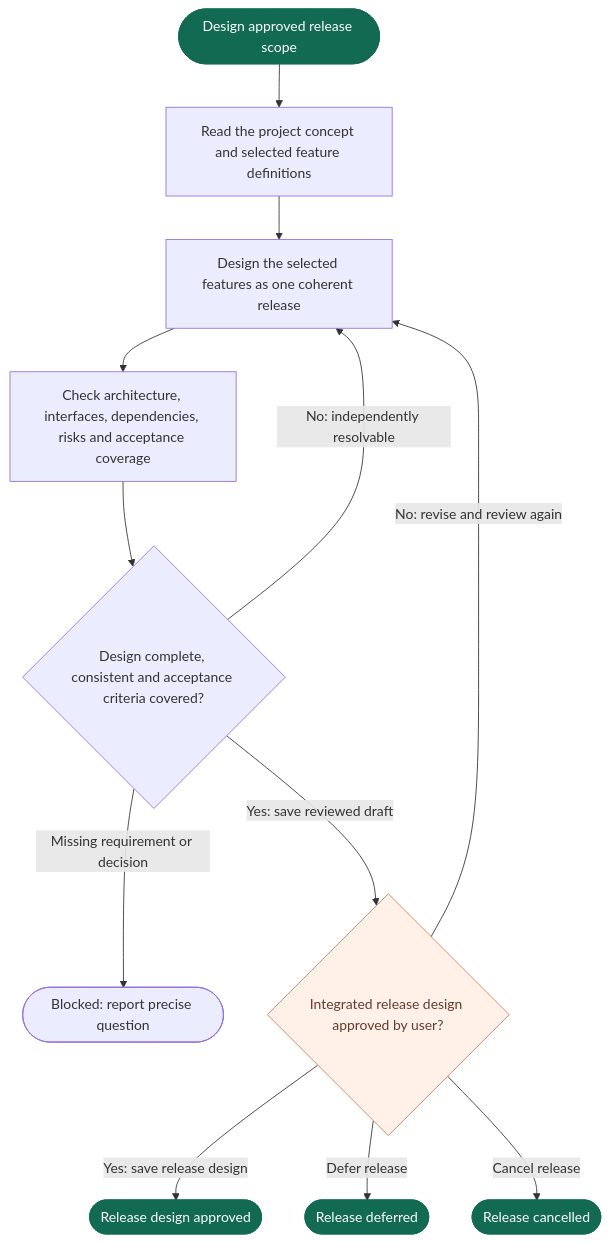
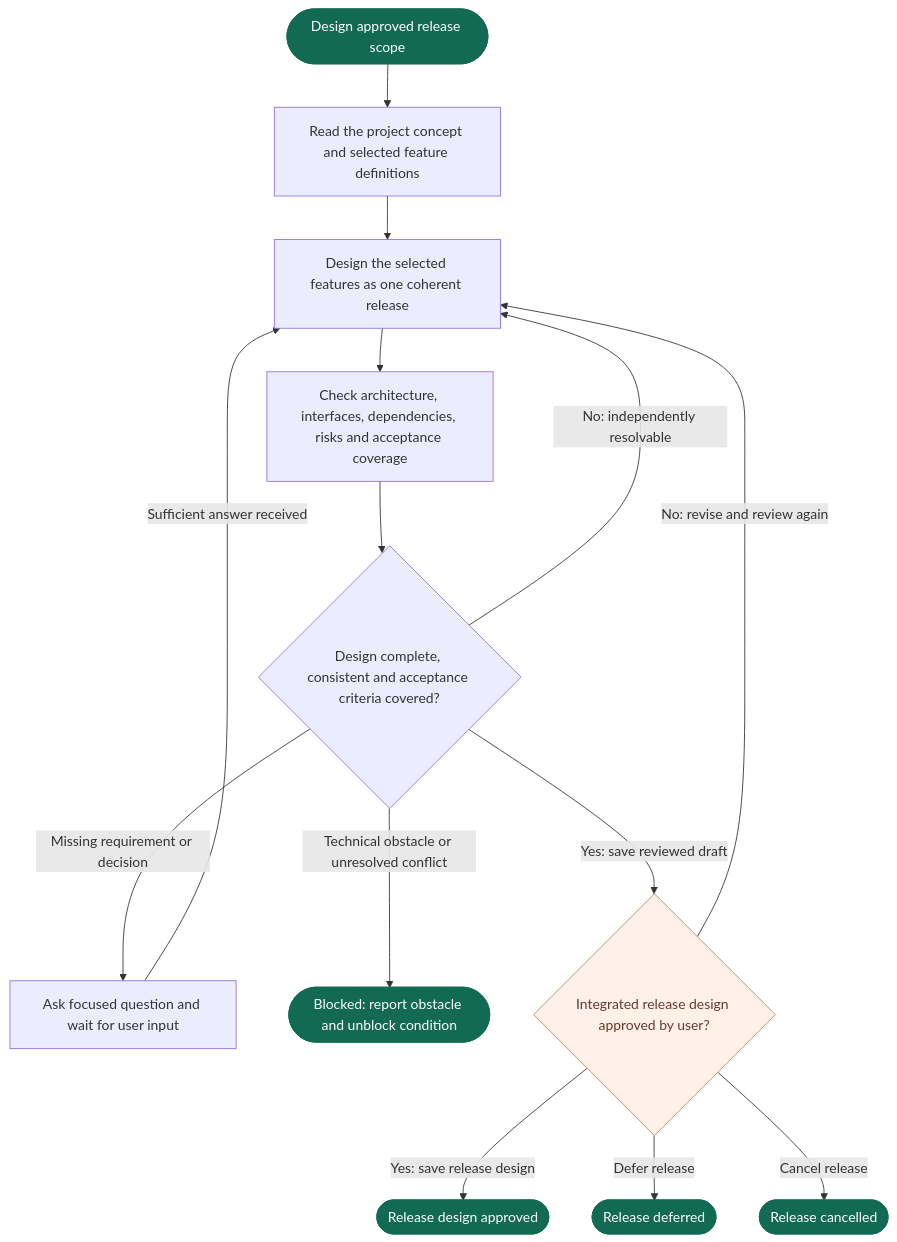
One commit to vanlangenlabs/aidflow changed the diagram in flows/design.mmd. Above: the diagram before and after it, drawn with Mermaid. The commit also changed 7 other files, not shown here.

Commit message:
Clarify source tracking and human input resume rules

```diff
--- a/flows/design.mmd
+++ b/flows/design.mmd
@@ -1,46 +1,55 @@
 flowchart TD
     start([Design approved release scope]) --> inspect[Read the project concept and selected feature definitions]
 %% @airflow-context inspect
 %% Load the approved concept, the exact approved scope, and only the feature
 %% Definitions listed there. Do not design backlog items outside the scope.
 %% @end-airflow-context
     inspect --> integrate[Design the selected features as one coherent release]
 %% @airflow-context integrate
 %% Design how the selected features work together as one version: shared
 %% components, interfaces, dependencies, data flows, risks, rollout and test
 %% approach. Trace every feature acceptance criterion to the integrated Design.
 
 %% Record path: `.air/releases/<version>/design.md`.
 %% Record outline: Scope reference; Integrated approach; Components and interfaces; Data and end-to-end behavior; Feature-to-design traceability; Risks and tradeoffs; Rollout and test strategy.
 %% Mutable statuses belong in the index. Example IDs and versions are placeholders.
 %% @end-airflow-context
     integrate --> review[Check architecture, interfaces, dependencies, risks and acceptance coverage]
     review --> quality{Design complete, consistent and acceptance criteria covered?}
     quality -- No: independently resolvable --> integrate
-    quality -- Missing requirement or decision --> blocked([Blocked: report precise question])
+    quality -- Missing requirement or decision --> awaitingInput[Ask focused question and wait for user input]
+    awaitingInput -- Sufficient answer received --> integrate
+    quality -- Technical obstacle or unresolved conflict --> blocked([Blocked: report obstacle and unblock condition])
+%% @airflow-context awaitingInput
+%% Follow the Question protocol in `reference/interaction.md` (relative to airflow.md).
+%% Save interaction awaiting-input, execution waiting-human, this node and the
+%% caller stack. Do not return to the caller while waiting; partial answers stay
+%% here. An answer does not approve requirements or scope changes: reconcile any
+%% affected approved inputs through their owning phase before continuing Design.
+%% @end-airflow-context
     quality -- Yes: save reviewed draft --> designApproval{Integrated release design approved by user?}
 %% @airflow-context review
 %% Inspect existing architecture and constraints. Check every acceptance criterion
 %% has a design mapping and verification approach; check interfaces, dependencies,
 %% failure paths, rollout and risks for contradictions or omissions. Correct
 %% in-scope gaps autonomously before requesting approval. Do not invent product
 %% requirements. Escalate unresolved decisions or lack of progress with evidence.
 %% @end-airflow-context
     designApproval -- No: revise and review again --> integrate
     designApproval -- Yes: save release design --> designReady([Release design approved])
 %% @airflow-context designApproval
 %% The human approves the integrated Design against the current scope digest.
 %% Bind approval to the exact Design digest and record evidence in `.air/index.md`.
 %% Material scope/design changes invalidate affected approvals using Project impact rules.
 
 %% Release transition `scope-approved -> design-pending-approval`: Self-reviewed Design covers every scoped feature and records its scope digest; record_status becomes pending-approval. Owner: AI prepares and requests approval.
 
 %% Release transition `design-pending-approval -> design-approved`: Design digest is explicitly approved; append approval event. Owner: Human.
 %% @end-airflow-context
     designApproval -- Defer release --> designDeferred([Release deferred])
     designApproval -- Cancel release --> designCancelled([Release cancelled])
 
     classDef boundary fill:#126a52,color:#ffffff,stroke:#126a52
     classDef approval fill:#fff0e8,color:#633b2c,stroke:#c68162
-    class start,designReady,designDeferred,designCancelled boundary
+    class start,designReady,designDeferred,designCancelled,blocked boundary
     class designApproval approval
```
